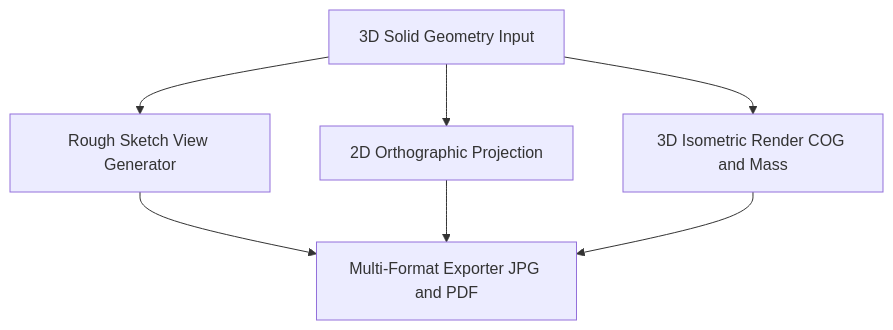
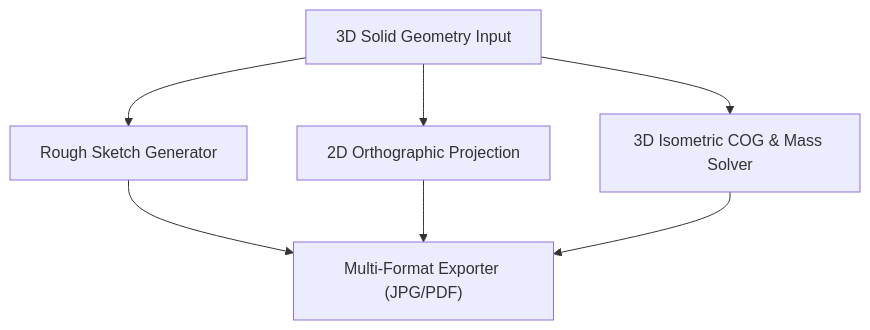
One commit to SamuelPurba/Rumus-Perpangkatan-Universal-4.0 changed the fifth of 6 diagrams in README.md. Above: the diagram before and after it, drawn with Mermaid. The commit also changed other lines of this file, not shown here.

Commit message:
docs(ieee): Format README.md strictly to IEEE Transactions Manuscript Specification with numbered equations, table titles, figure captions, and citations

````diff
--- a/README.md
+++ b/README.md
@@ -311,10 +252,9 @@
 ```mermaid
 graph TD
-    CAD_INPUT["3D Solid Geometry Input"] --> ROUGH["Rough Sketch View Generator"]
-    CAD_INPUT --> PROJ_2D["2D Orthographic Projection"]
-    CAD_INPUT --> ISO_3D["3D Isometric Render COG and Mass"]
-
-    ROUGH --> EXPORT["Multi-Format Exporter JPG and PDF"]
-    PROJ_2D --> EXPORT
-    ISO_3D --> EXPORT
+    CAD_IN["3D Solid Geometry Input"] --> SKETCH["Rough Sketch Generator"]
+    CAD_IN --> PROJ["2D Orthographic Projection"]
+    CAD_IN --> ISO["3D Isometric COG & Mass Solver"]
+    SKETCH --> EXP["Multi-Format Exporter (JPG/PDF)"]
+    PROJ --> EXP
+    ISO --> EXP
 ```
````
